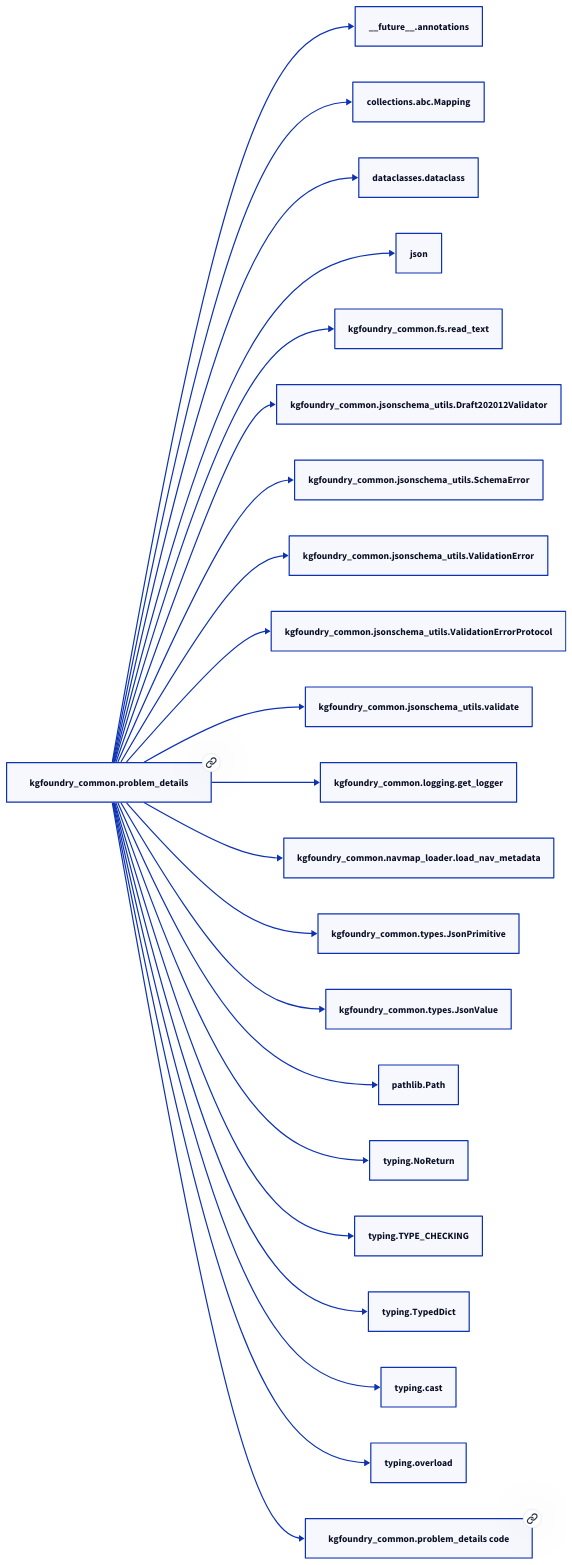
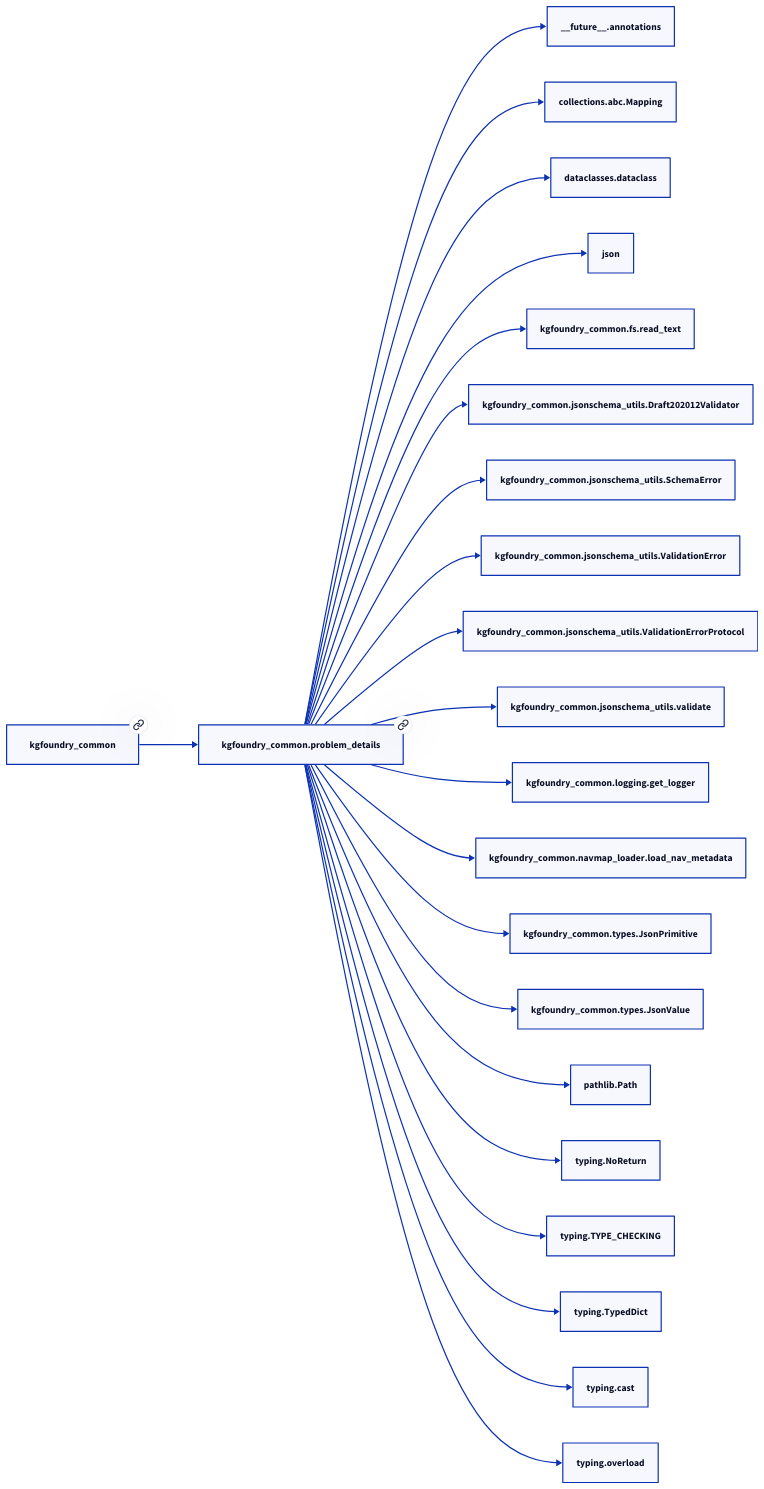
The second of 2 diagrams in docs/modules/kgfoundry_common/problem_details.md (paul-heyse/kgforge), drawn with D2 before and after one commit. The commit also changed other lines of this file and 208 other files, not shown here.

````diff
--- a/docs/modules/kgfoundry_common/problem_details.md
+++ b/docs/modules/kgfoundry_common/problem_details.md
@@ -114,46 +118,46 @@
 ```d2
 direction: right
-"kgfoundry_common.problem_details": "kgfoundry_common.problem_details" { link: "./kgfoundry_common/problem_details.md" }
+"kgfoundry_common.problem_details": "kgfoundry_common.problem_details" { link: "https://github.com/paul-heyse/kgfoundry/blob/main/src/kgfoundry_common/problem_details.py" }
 "__future__.annotations": "__future__.annotations"
 "kgfoundry_common.problem_details" -> "__future__.annotations"
 "collections.abc.Mapping": "collections.abc.Mapping"
 "kgfoundry_common.problem_details" -> "collections.abc.Mapping"
 "dataclasses.dataclass": "dataclasses.dataclass"
 "kgfoundry_common.problem_details" -> "dataclasses.dataclass"
 "json": "json"
 "kgfoundry_common.problem_details" -> "json"
 "kgfoundry_common.fs.read_text": "kgfoundry_common.fs.read_text"
 "kgfoundry_common.problem_details" -> "kgfoundry_common.fs.read_text"
 "kgfoundry_common.jsonschema_utils.Draft202012Validator": "kgfoundry_common.jsonschema_utils.Draft202012Validator"
 "kgfoundry_common.problem_details" -> "kgfoundry_common.jsonschema_utils.Draft202012Validator"
 "kgfoundry_common.jsonschema_utils.SchemaError": "kgfoundry_common.jsonschema_utils.SchemaError"
 "kgfoundry_common.problem_details" -> "kgfoundry_common.jsonschema_utils.SchemaError"
 "kgfoundry_common.jsonschema_utils.ValidationError": "kgfoundry_common.jsonschema_utils.ValidationError"
 "kgfoundry_common.problem_details" -> "kgfoundry_common.jsonschema_utils.ValidationError"
 "kgfoundry_common.jsonschema_utils.ValidationErrorProtocol": "kgfoundry_common.jsonschema_utils.ValidationErrorProtocol"
 "kgfoundry_common.problem_details" -> "kgfoundry_common.jsonschema_utils.ValidationErrorProtocol"
 "kgfoundry_common.jsonschema_utils.validate": "kgfoundry_common.jsonschema_utils.validate"
 "kgfoundry_common.problem_details" -> "kgfoundry_common.jsonschema_utils.validate"
 "kgfoundry_common.logging.get_logger": "kgfoundry_common.logging.get_logger"
 "kgfoundry_common.problem_details" -> "kgfoundry_common.logging.get_logger"
 "kgfoundry_common.navmap_loader.load_nav_metadata": "kgfoundry_common.navmap_loader.load_nav_metadata"
 "kgfoundry_common.problem_details" -> "kgfoundry_common.navmap_loader.load_nav_metadata"
 "kgfoundry_common.types.JsonPrimitive": "kgfoundry_common.types.JsonPrimitive"
 "kgfoundry_common.problem_details" -> "kgfoundry_common.types.JsonPrimitive"
 "kgfoundry_common.types.JsonValue": "kgfoundry_common.types.JsonValue"
 "kgfoundry_common.problem_details" -> "kgfoundry_common.types.JsonValue"
 "pathlib.Path": "pathlib.Path"
 "kgfoundry_common.problem_details" -> "pathlib.Path"
 "typing.NoReturn": "typing.NoReturn"
 "kgfoundry_common.problem_details" -> "typing.NoReturn"
 "typing.TYPE_CHECKING": "typing.TYPE_CHECKING"
 "kgfoundry_common.problem_details" -> "typing.TYPE_CHECKING"
 "typing.TypedDict": "typing.TypedDict"
 "kgfoundry_common.problem_details" -> "typing.TypedDict"
 "typing.cast": "typing.cast"
 "kgfoundry_common.problem_details" -> "typing.cast"
 "typing.overload": "typing.overload"
 "kgfoundry_common.problem_details" -> "typing.overload"
-"kgfoundry_common.problem_details_code": "kgfoundry_common.problem_details code" { link: "https://github.com/kgfoundry/kgfoundry/blob/main/src/kgfoundry_common/problem_details.py" }
-"kgfoundry_common.problem_details" -> "kgfoundry_common.problem_details_code" { style: dashed }
+"kgfoundry_common": "kgfoundry_common" { link: "https://github.com/paul-heyse/kgfoundry/blob/main/src/kgfoundry_common/__init__.py" }
+"kgfoundry_common" -> "kgfoundry_common.problem_details" { style: dashed }
 ```
````
